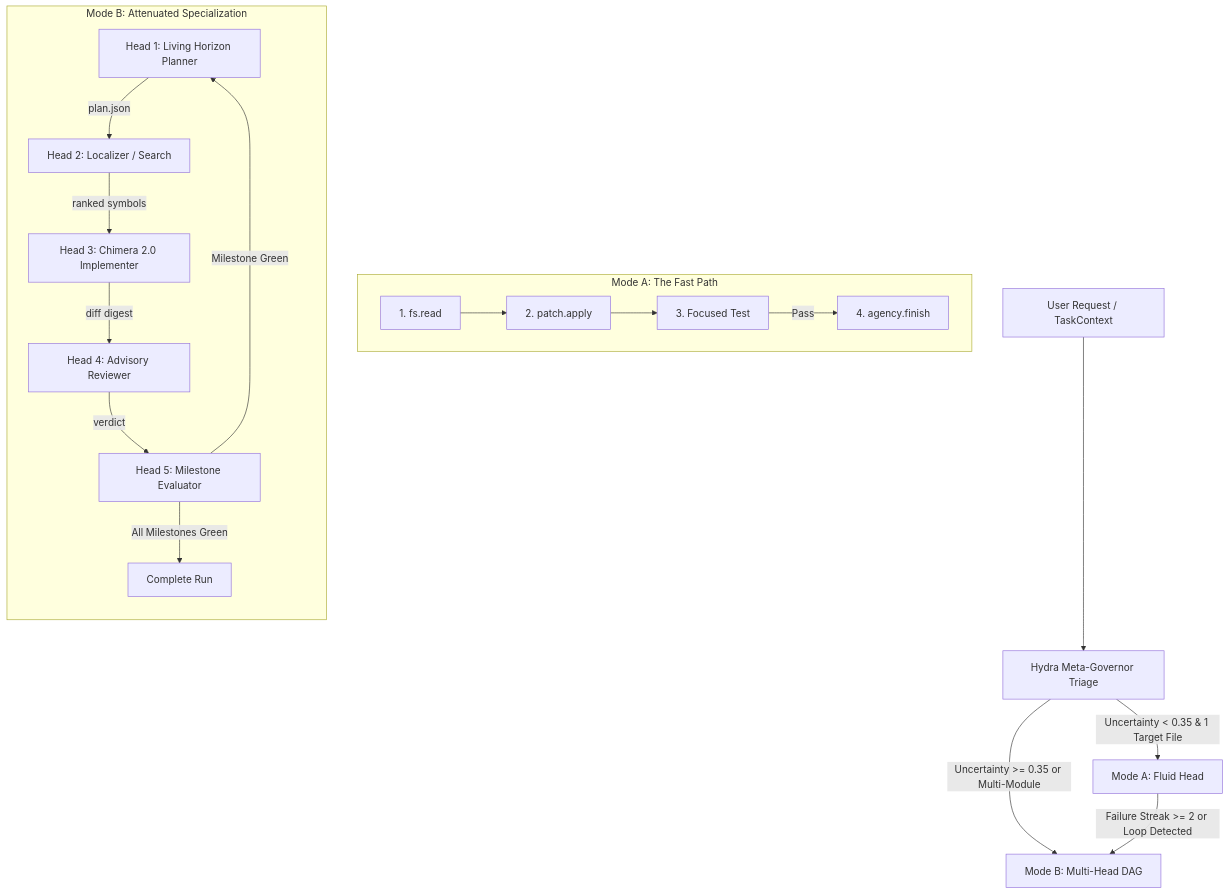
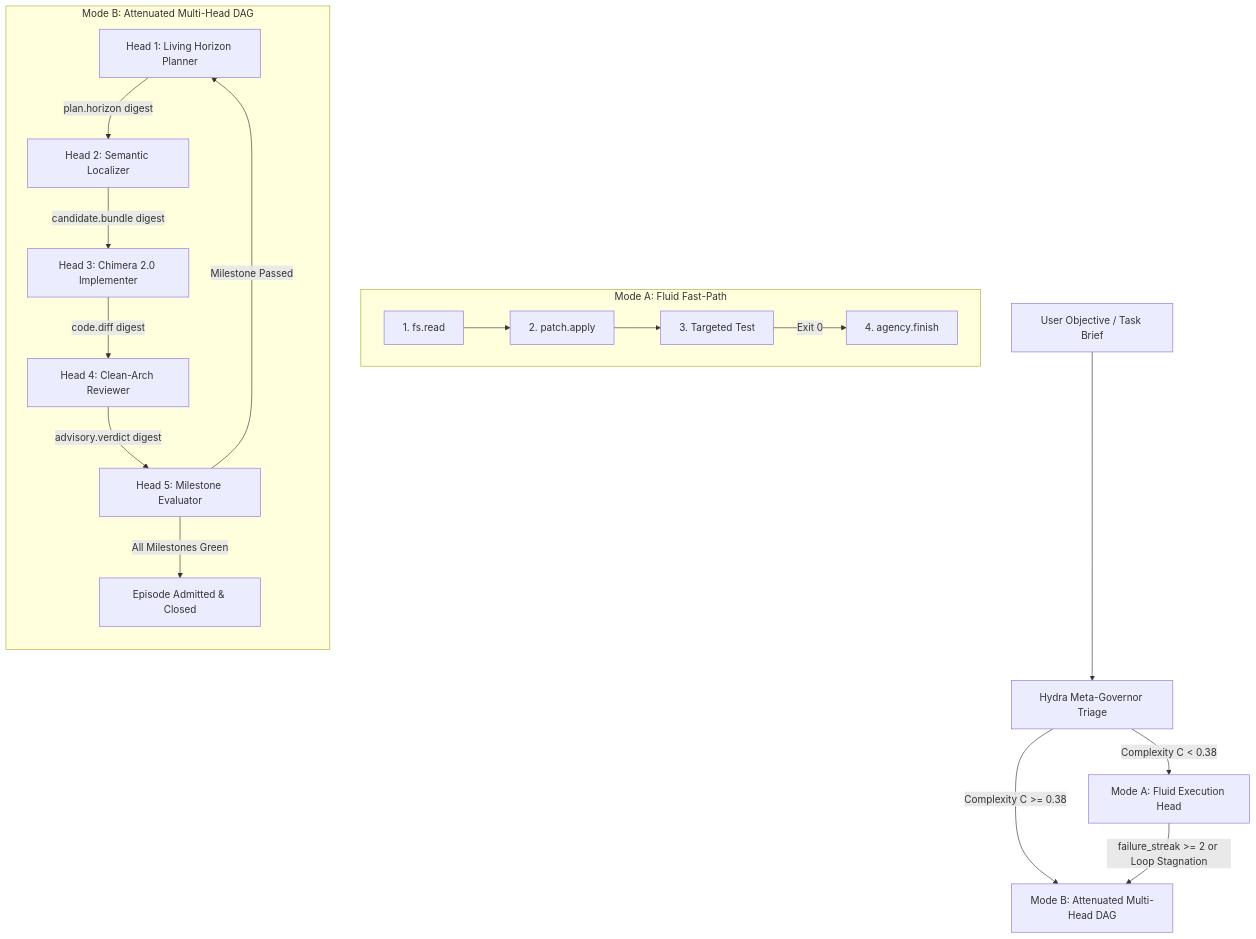
The diagram in .draft/HYDRA_MULTI_AGENT_TOPOLOGY_AND_EMERGENT_AGENCY.md (brainopensource/cognitive-framework), drawn with Mermaid before and after one commit. The commit also changed other lines of this file and 1 other file, not shown here.

````diff
--- a/.draft/HYDRA_MULTI_AGENT_TOPOLOGY_AND_EMERGENT_AGENCY.md
+++ b/.draft/HYDRA_MULTI_AGENT_TOPOLOGY_AND_EMERGENT_AGENCY.md
@@ -131,25 +359,25 @@
 ```mermaid
 graph TD
-    UserReq[User Request / TaskContext] --> Triage[Hydra Meta-Governor Triage]
+    UserReq[User Objective / Task Brief] --> Triage[Hydra Meta-Governor Triage]
     
-    Triage -->|Uncertainty < 0.35 & 1 Target File| Fluid[Mode A: Fluid Head]
-    Triage -->|Uncertainty >= 0.35 or Multi-Module| Multi[Mode B: Multi-Head DAG]
+    Triage -->|Complexity C < 0.38| ModeA[Mode A: Fluid Execution Head]
+    Triage -->|Complexity C >= 0.38| ModeB[Mode B: Attenuated Multi-Head DAG]
     
-    subgraph Fluid Head [Mode A: The Fast Path]
-        F_Inspect[1. fs.read] --> F_Patch[2. patch.apply]
-        F_Patch --> F_Verify[3. Focused Test]
-        F_Verify -->|Pass| F_Finish[4. agency.finish]
+    subgraph Mode A: Fluid Fast-Path
+        FA_Read[1. fs.read] --> FA_Patch[2. patch.apply]
+        FA_Patch --> FA_Test[3. Targeted Test]
+        FA_Test -->|Exit 0| FA_Finish[4. agency.finish]
     end
     
-    Fluid -->|Failure Streak >= 2 or Loop Detected| Multi
+    ModeA -->|failure_streak >= 2 or Loop Stagnation| ModeB
     
-    subgraph Multi-Head DAG [Mode B: Attenuated Specialization]
+    subgraph Mode B: Attenuated Multi-Head DAG
         direction TB
-        M_Plan[Head 1: Living Horizon Planner] -->|plan.json| M_Loc[Head 2: Localizer / Search]
-        M_Loc -->|ranked symbols| M_Code[Head 3: Chimera 2.0 Implementer]
-        M_Code -->|diff digest| M_Review[Head 4: Advisory Reviewer]
-        M_Review -->|verdict| M_Gate[Head 5: Milestone Evaluator]
-        M_Gate -->|Milestone Green| M_Plan
-        M_Gate -->|All Milestones Green| M_Done[Complete Run]
+        B_Plan[Head 1: Living Horizon Planner] -->|plan.horizon digest| B_Loc[Head 2: Semantic Localizer]
+        B_Loc -->|candidate.bundle digest| B_Code[Head 3: Chimera 2.0 Implementer]
+        B_Code -->|code.diff digest| B_Rev[Head 4: Clean-Arch Reviewer]
+        B_Rev -->|advisory.verdict digest| B_Gate[Head 5: Milestone Evaluator]
+        B_Gate -->|Milestone Passed| B_Plan
+        B_Gate -->|All Milestones Green| B_Done[Episode Admitted & Closed]
     end
 ```
````
